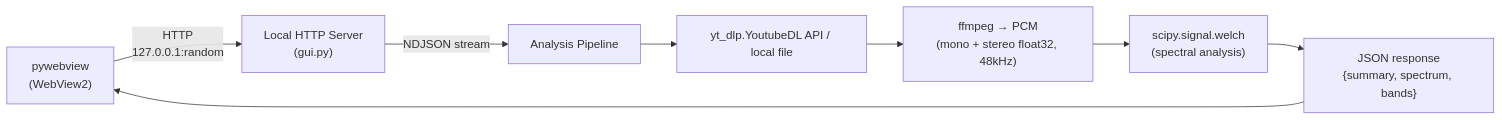
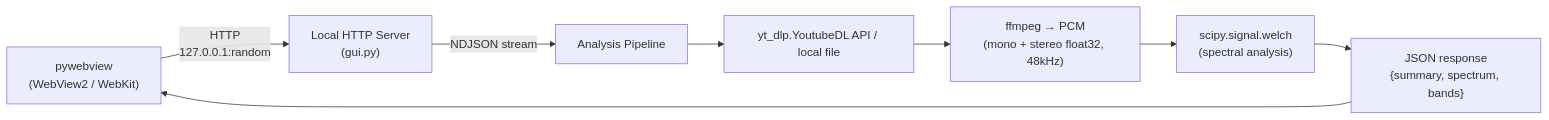
One commit to semnil/analyze-spectrum changed the diagram in CLAUDE.md. Above: the diagram before and after it, drawn with Mermaid. The commit also changed other lines of this file, not shown here.

Commit message:
docs: CLAUDE.md の記述を実装に合わせる (macOS の WebKit・venv 作成コマンド・背景色の解決・レスポンス例の版)

````diff
--- a/CLAUDE.md
+++ b/CLAUDE.md
@@ -9,10 +9,10 @@
 ```mermaid
 graph LR
-    A["pywebview<br/>(WebView2)"] -->|"HTTP<br/>127.0.0.1:random"| B["Local HTTP Server<br/>(gui.py)"]
+    A["pywebview<br/>(WebView2 / WebKit)"] -->|"HTTP<br/>127.0.0.1:random"| B["Local HTTP Server<br/>(gui.py)"]
     B -->|"NDJSON stream"| C["Analysis Pipeline"]
     C --> D["yt_dlp.YoutubeDL API / local file"]
     D --> E["ffmpeg → PCM<br/>(mono + stereo float32, 48kHz)"]
     E --> F["scipy.signal.welch<br/>(spectral analysis)"]
     F --> G["JSON response<br/>{summary, spectrum, bands}"]
     G --> A
 ```
````
